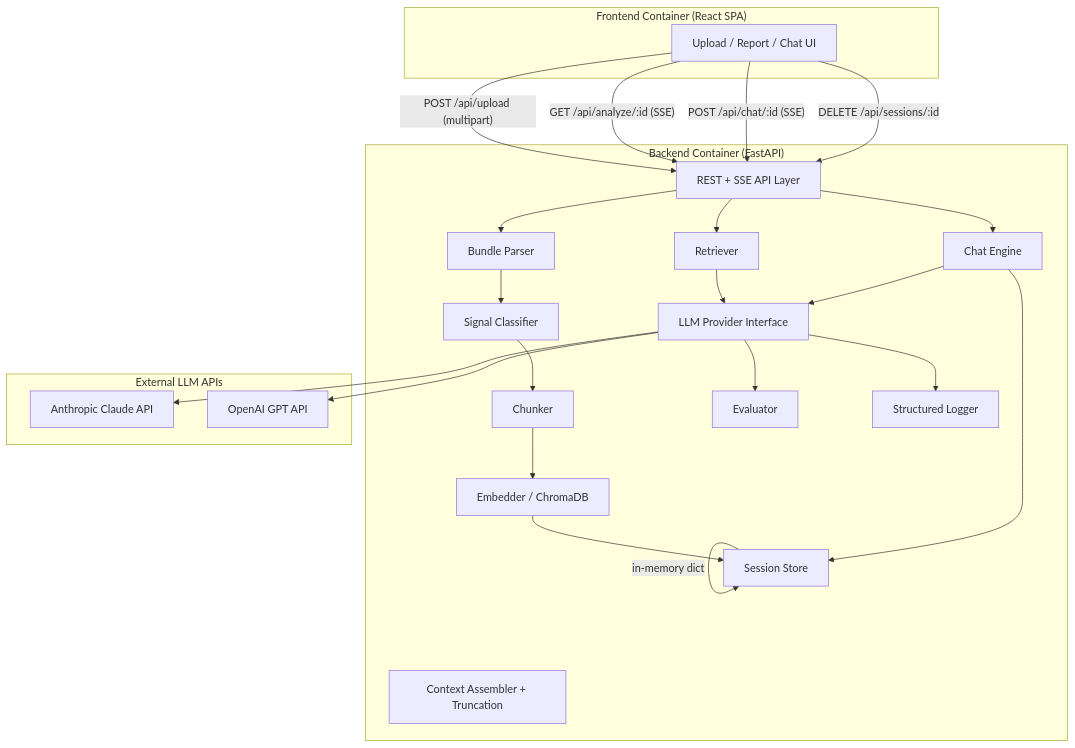
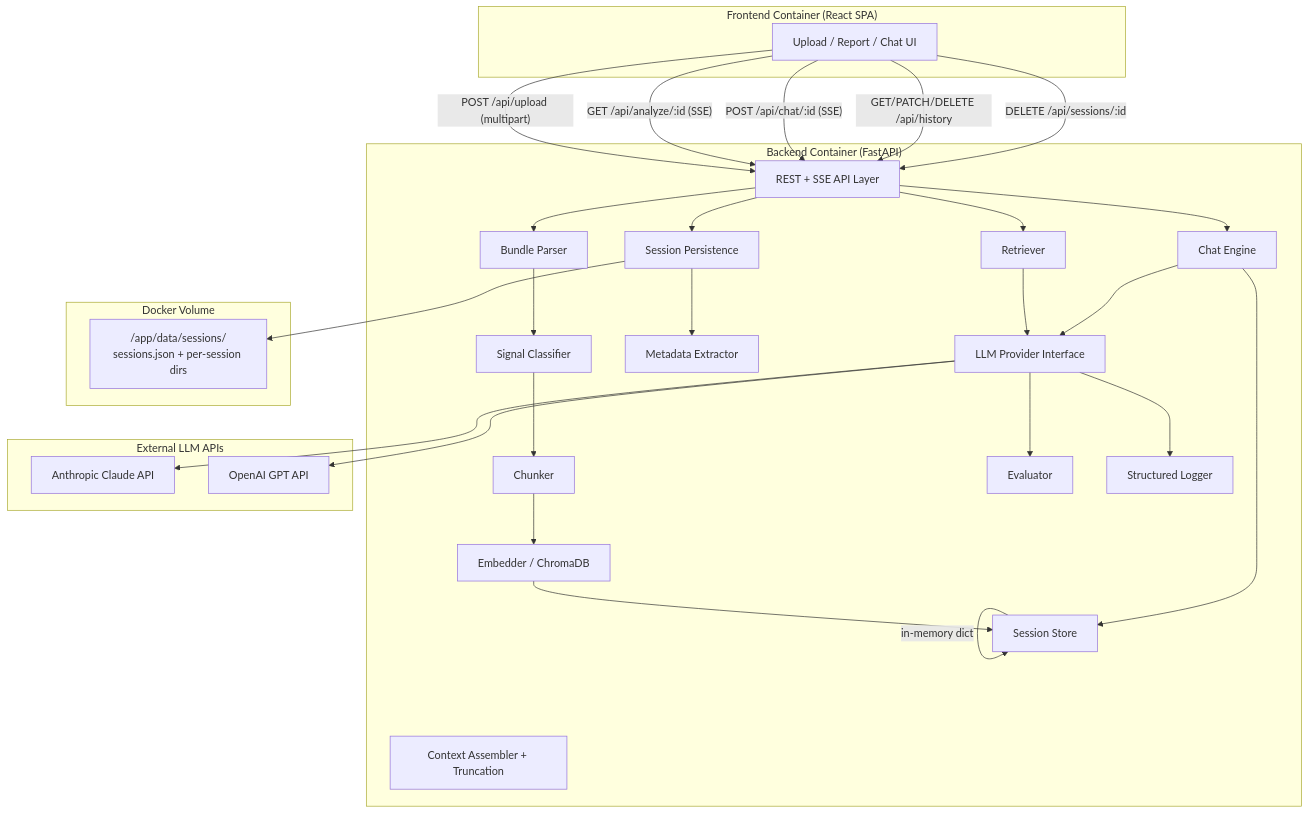
One commit to norumander/unravel changed the diagram in docs/ARCHITECTURE.md. Above: the diagram before and after it, drawn with Mermaid. The commit also changed other lines of this file and 5 other files, not shown here.

First line of the commit message:
docs: update architecture and README for session explorer [TASK-13]

````diff
--- a/docs/ARCHITECTURE.md
+++ b/docs/ARCHITECTURE.md
@@ -9,47 +9,57 @@
 ```mermaid
 graph TB
     subgraph Frontend ["Frontend Container (React SPA)"]
         UI[Upload / Report / Chat UI]
     end
 
     subgraph Backend ["Backend Container (FastAPI)"]
         API[REST + SSE API Layer]
         BP[Bundle Parser]
         SC[Signal Classifier]
         CK[Chunker]
         EM[Embedder / ChromaDB]
         RT[Retriever]
         EV[Evaluator]
         CA[Context Assembler + Truncation]
         CE[Chat Engine]
         SS[Session Store]
+        SP[Session Persistence]
+        ME[Metadata Extractor]
         SL[Structured Logger]
         PI[LLM Provider Interface]
+    end
+
+    subgraph Storage ["Docker Volume"]
+        JF["/app/data/sessions/\nsessions.json + per-session dirs"]
     end
 
     subgraph LLM ["External LLM APIs"]
         ANT[Anthropic Claude API]
         OAI[OpenAI GPT API]
     end
 
     UI -->|"POST /api/upload (multipart)"| API
     UI -->|"GET /api/analyze/:id (SSE)"| API
     UI -->|"POST /api/chat/:id (SSE)"| API
+    UI -->|"GET/PATCH/DELETE /api/history"| API
     UI -->|"DELETE /api/sessions/:id"| API
 
     API --> BP
     BP --> SC
     SC --> CK
     CK --> EM
     EM --> SS
     API --> RT
     RT --> PI
     PI --> EV
     API --> CE
     CE --> PI
     CE --> SS
+    API --> SP
+    SP --> JF
+    SP --> ME
     PI --> ANT
     PI --> OAI
     PI --> SL
     SS -->|"in-memory dict"| SS
 ```
````
